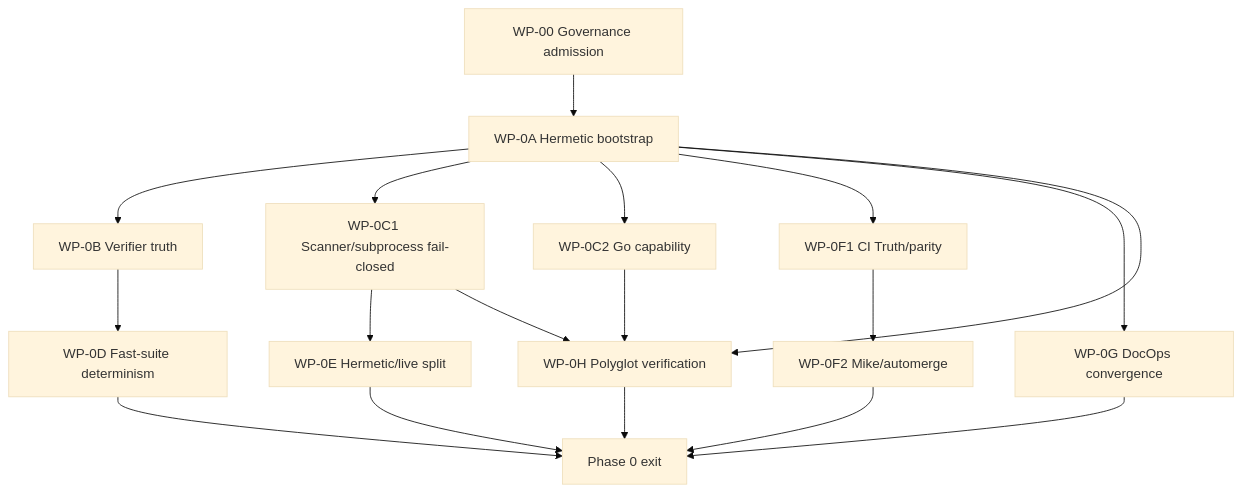
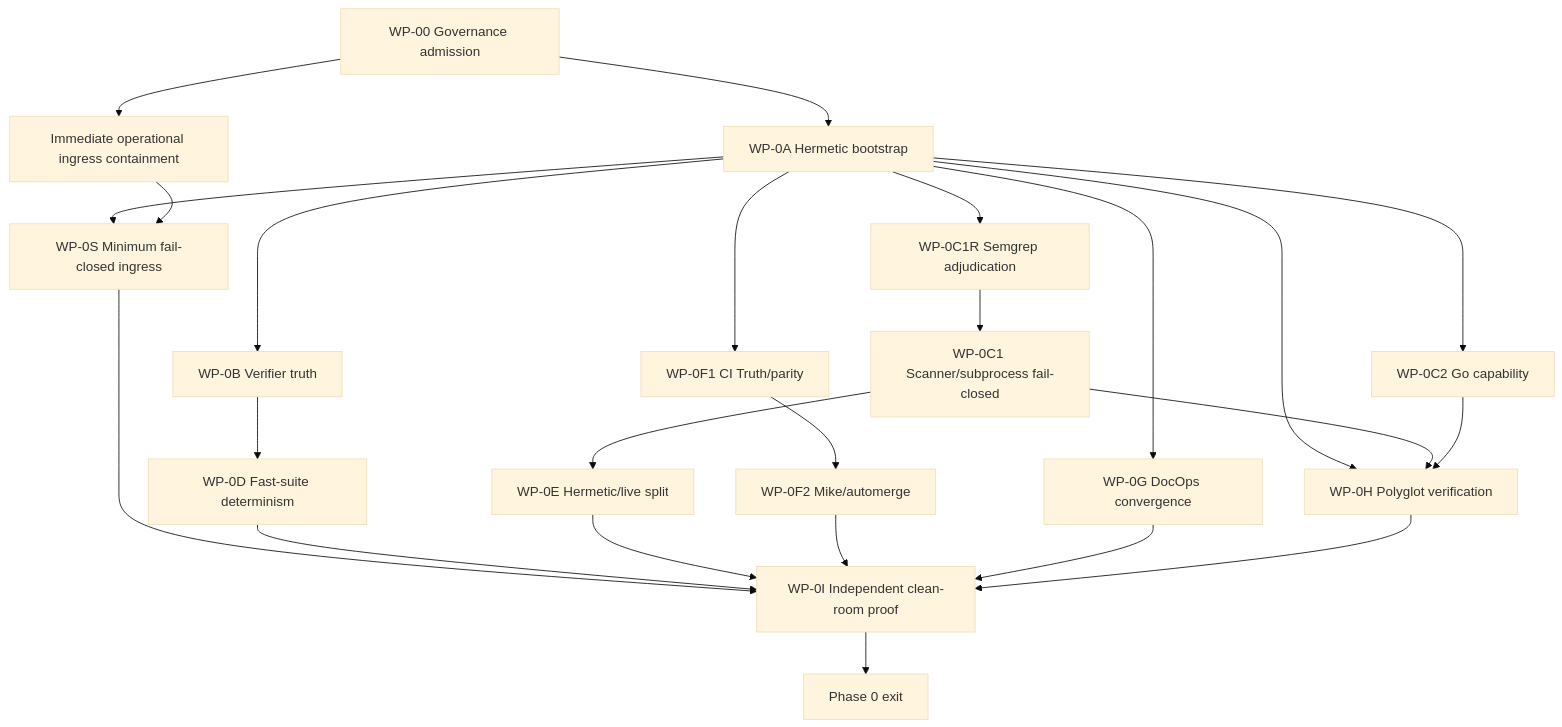
Before and after one commit to AIKAGRYA/dharma_swarm: the diagram in docs/plans/TITANIUM_GRADE_REPOSITORY_HARDENING_2026-07-10.md, drawn with Mermaid (base theme). The commit also changed other lines of this file and 1 other file, not shown here.

````diff
--- a/docs/plans/TITANIUM_GRADE_REPOSITORY_HARDENING_2026-07-10.md
+++ b/docs/plans/TITANIUM_GRADE_REPOSITORY_HARDENING_2026-07-10.md
@@ -178,20 +214,26 @@
 ```mermaid
 flowchart TD
   P[WP-00 Governance admission] --> A[WP-0A Hermetic bootstrap]
+  P --> O[Immediate operational ingress containment]
+  A --> S[WP-0S Minimum fail-closed ingress]
+  O --> S
   A --> B[WP-0B Verifier truth]
-  A --> C1[WP-0C1 Scanner/subprocess fail-closed]
+  A --> C1R[WP-0C1R Semgrep adjudication]
+  C1R --> C1[WP-0C1 Scanner/subprocess fail-closed]
   A --> C2[WP-0C2 Go capability]
   B --> D[WP-0D Fast-suite determinism]
   C1 --> E[WP-0E Hermetic/live split]
   A --> F1[WP-0F1 CI Truth/parity]
   F1 --> F2[WP-0F2 Mike/automerge]
   A --> G[WP-0G DocOps convergence]
   A --> H[WP-0H Polyglot verification]
   C1 --> H
   C2 --> H
-  D --> Z[Phase 0 exit]
-  E --> Z
-  F2 --> Z
-  G --> Z
-  H --> Z
+  S --> I[WP-0I Independent clean-room proof]
+  D --> I
+  E --> I
+  F2 --> I
+  G --> I
+  H --> I
+  I --> Z[Phase 0 exit]
 ```
````
